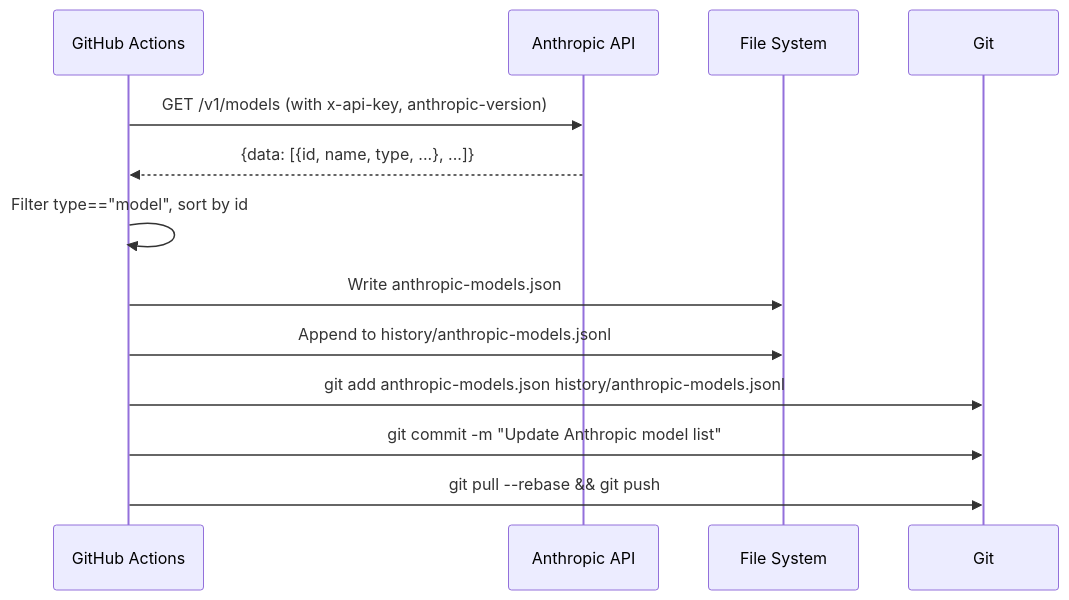
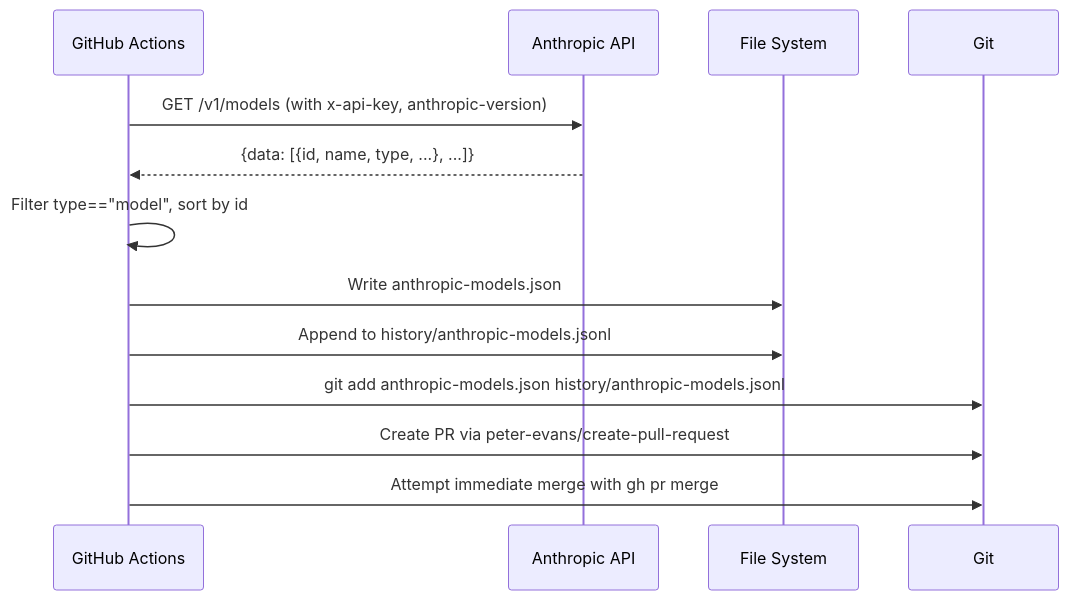
One commit to smoochy/openrouter-model-list changed the second of 2 diagrams in openwiki/operations/github-actions.md. Above: the diagram before and after it, drawn with Mermaid. The commit also changed other lines of this file and 10 other files, not shown here.

````diff
--- a/openwiki/operations/github-actions.md
+++ b/openwiki/operations/github-actions.md
@@ -84,16 +94,16 @@
 ```mermaid
 sequenceDiagram
     participant GH as GitHub Actions
     participant API as Anthropic API
     participant FS as File System
     participant Git as Git
 
     GH->>API: GET /v1/models (with x-api-key, anthropic-version)
     API-->>GH: {data: [{id, name, type, ...}, ...]}
     GH->>GH: Filter type=="model", sort by id
     GH->>FS: Write anthropic-models.json
     GH->>FS: Append to history/anthropic-models.jsonl
     GH->>Git: git add anthropic-models.json history/anthropic-models.jsonl
-    GH->>Git: git commit -m "Update Anthropic model list"
-    GH->>Git: git pull --rebase && git push
+    GH->>Git: Create PR via peter-evans/create-pull-request
+    GH->>Git: Attempt immediate merge with gh pr merge
 ```
````
